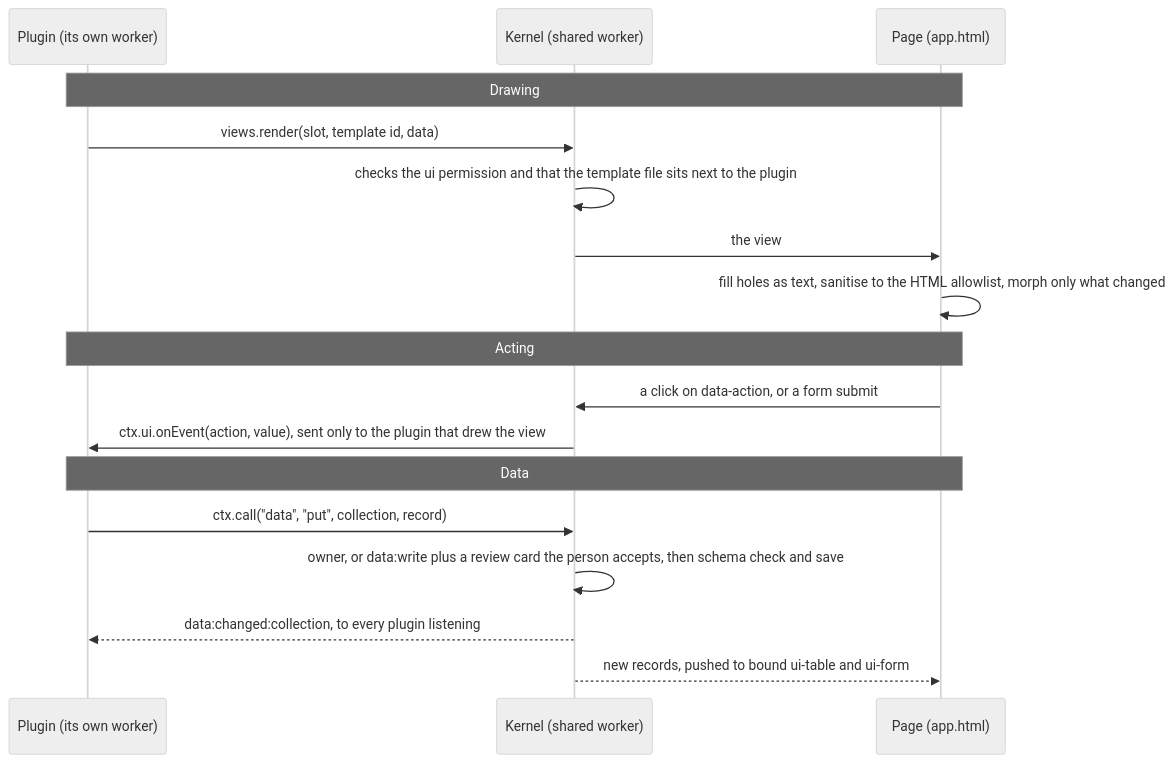
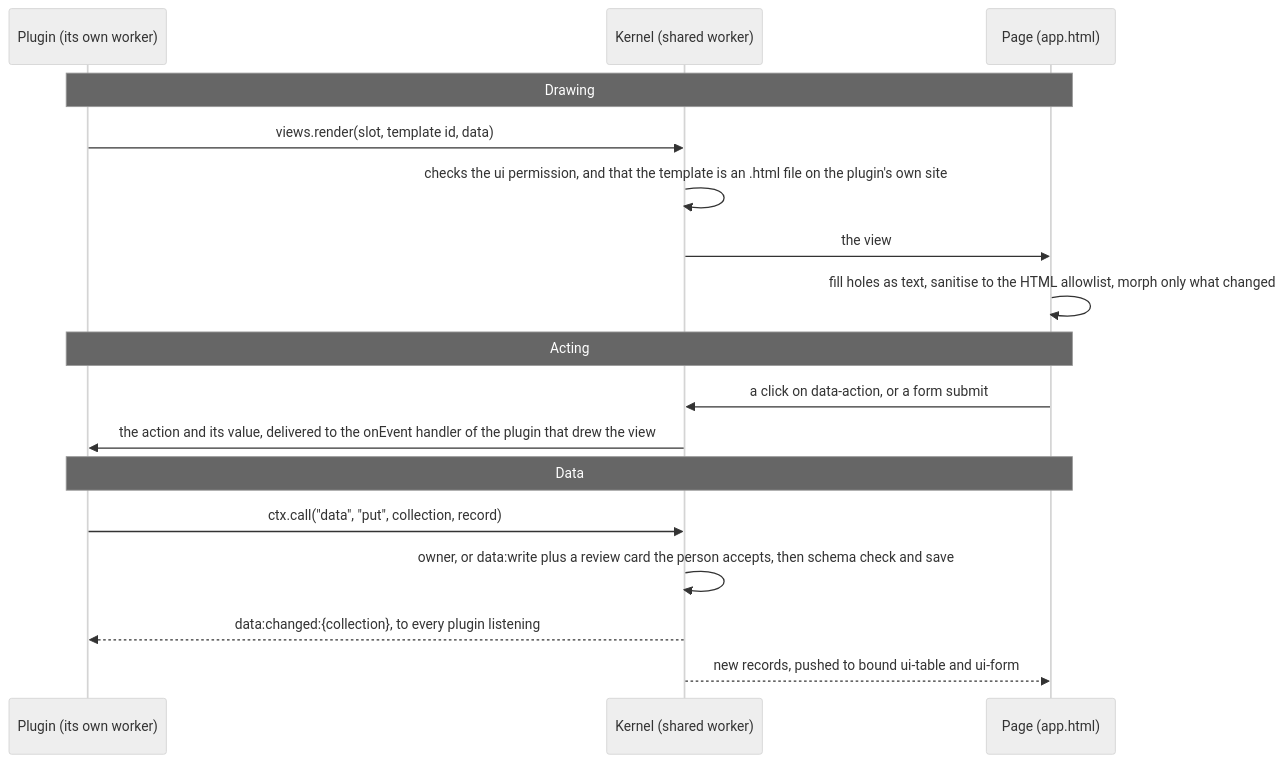
Before and after one commit to PaulKinlan/ExtensibleWebApps: the diagram in README.md, drawn with Mermaid (neutral theme). The commit also changed other lines of this file and 16 other files, not shown here.

````diff
--- a/README.md
+++ b/README.md
@@ -26,22 +27,22 @@
 ```mermaid
 sequenceDiagram
     participant P as Plugin (its own worker)
     participant K as Kernel (shared worker)
     participant H as Page (app.html)
 
     Note over P,H: Drawing
     P->>K: views.render(slot, template id, data)
-    K->>K: checks the ui permission and that the template file sits next to the plugin
+    K->>K: checks the ui permission, and that the template is an .html file on the plugin's own site
     K->>H: the view
     H->>H: fill holes as text, sanitise to the HTML allowlist, morph only what changed
 
     Note over P,H: Acting
     H->>K: a click on data-action, or a form submit
-    K->>P: ctx.ui.onEvent(action, value), sent only to the plugin that drew the view
+    K->>P: the action and its value, delivered to the onEvent handler of the plugin that drew the view
 
     Note over P,H: Data
     P->>K: ctx.call("data", "put", collection, record)
     K->>K: owner, or data:write plus a review card the person accepts, then schema check and save
-    K-->>P: data:changed:collection, to every plugin listening
+    K-->>P: data:changed:{collection}, to every plugin listening
     K-->>H: new records, pushed to bound ui-table and ui-form
 ```
````
